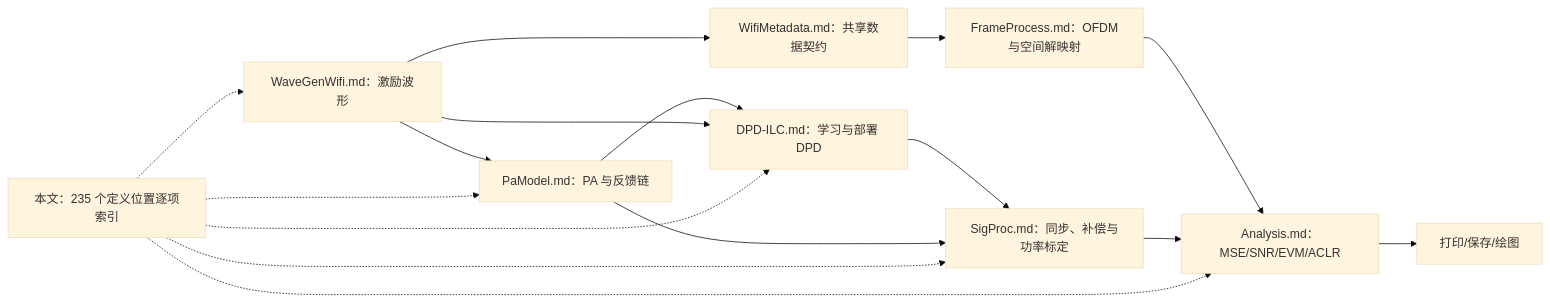
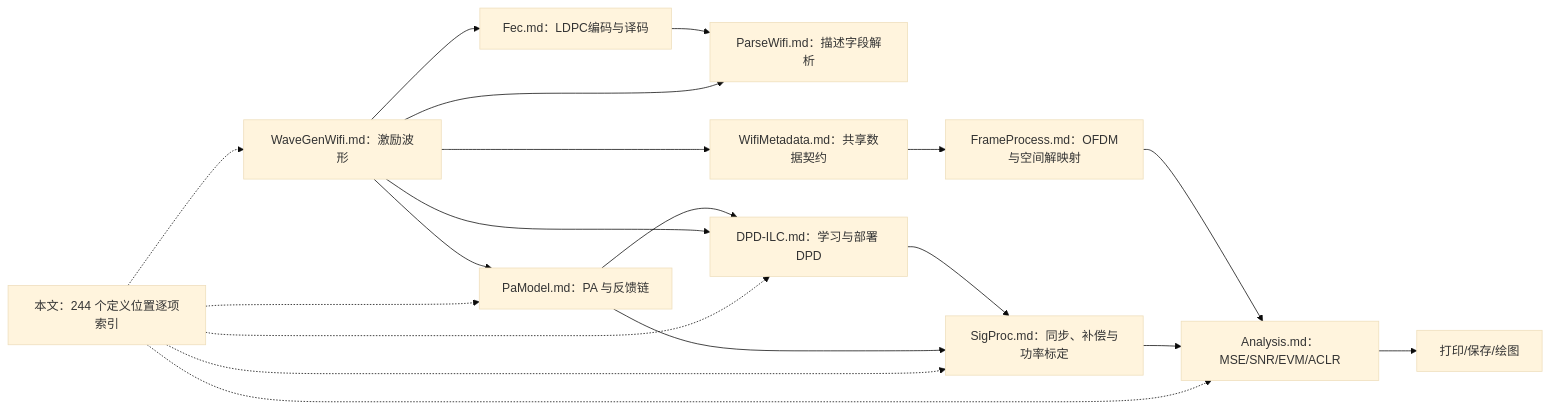
The diagram in doc/FunctionPrinciples.md (niyilu45/DPD_ILC), drawn with Mermaid (base theme) before and after one commit. The commit also changed other lines of this file and 12 other files, not shown here.

````diff
--- a/doc/FunctionPrinciples.md
+++ b/doc/FunctionPrinciples.md
@@ -20,18 +20,21 @@
 ```mermaid
 flowchart LR
     wave["WaveGenWifi.md：激励波形"] --> pa["PaModel.md：PA 与反馈链"]
+    wave --> fec["Fec.md：LDPC编码与译码"]
+    fec --> parser["ParseWifi.md：描述字段解析"]
+    wave --> parser
     pa --> ilc["DPD-ILC.md：学习与部署 DPD"]
     wave --> ilc
     ilc --> sync["SigProc.md：同步、补偿与功率标定"]
     wave --> metadata["WifiMetadata.md：共享数据契约"]
     metadata --> frame["FrameProcess.md：OFDM与空间解映射"]
     frame --> analysis
     pa --> sync
     sync --> analysis["Analysis.md：MSE/SNR/EVM/ACLR"]
     analysis --> report["打印/保存/绘图"]
-    audit["本文：235 个定义位置逐项索引"] -.-> wave
+    audit["本文：244 个定义位置逐项索引"] -.-> wave
     audit -.-> pa
     audit -.-> ilc
     audit -.-> sync
     audit -.-> analysis
 ```
````
